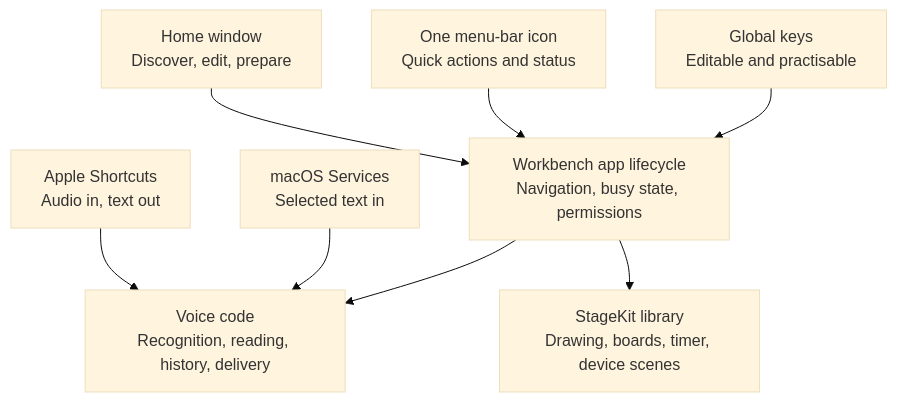
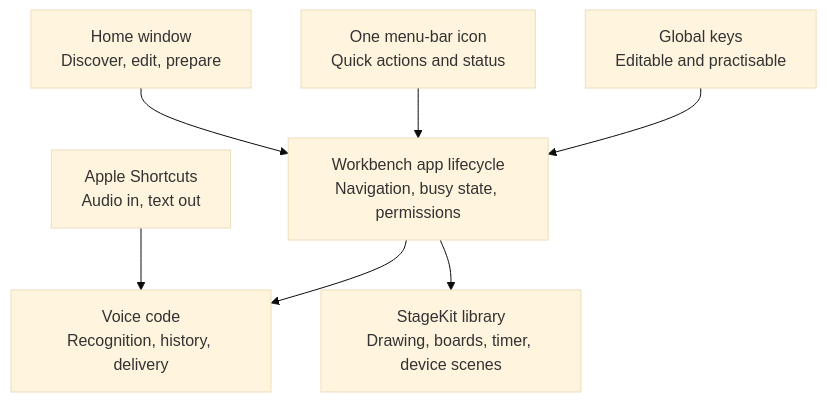
The first of 2 diagrams in docs/workbench.md (EthDawg/workbench), drawn with Mermaid (base theme) before and after one commit. The commit also changed other lines of this file and 89 other files, not shown here.

````diff
--- a/docs/workbench.md
+++ b/docs/workbench.md
@@ -178,18 +178,16 @@
 ```mermaid
 flowchart TB
     Window["Home window<br/>Discover, edit, prepare"]
     Menu["One menu-bar icon<br/>Quick actions and status"]
     Keys["Global keys<br/>Editable and practisable"]
     Intent["Apple Shortcuts<br/>Audio in, text out"]
-    Service["macOS Services<br/>Selected text in"]
     Shell["Workbench app lifecycle<br/>Navigation, busy state, permissions"]
-    Voice["Voice code<br/>Recognition, reading, history, delivery"]
+    Voice["Voice code<br/>Recognition, history, delivery"]
     Stage["StageKit library<br/>Drawing, boards, timer, device scenes"]
     Window --> Shell
     Menu --> Shell
     Keys --> Shell
     Intent --> Voice
-    Service --> Voice
     Shell --> Voice
     Shell --> Stage
 ```
````
